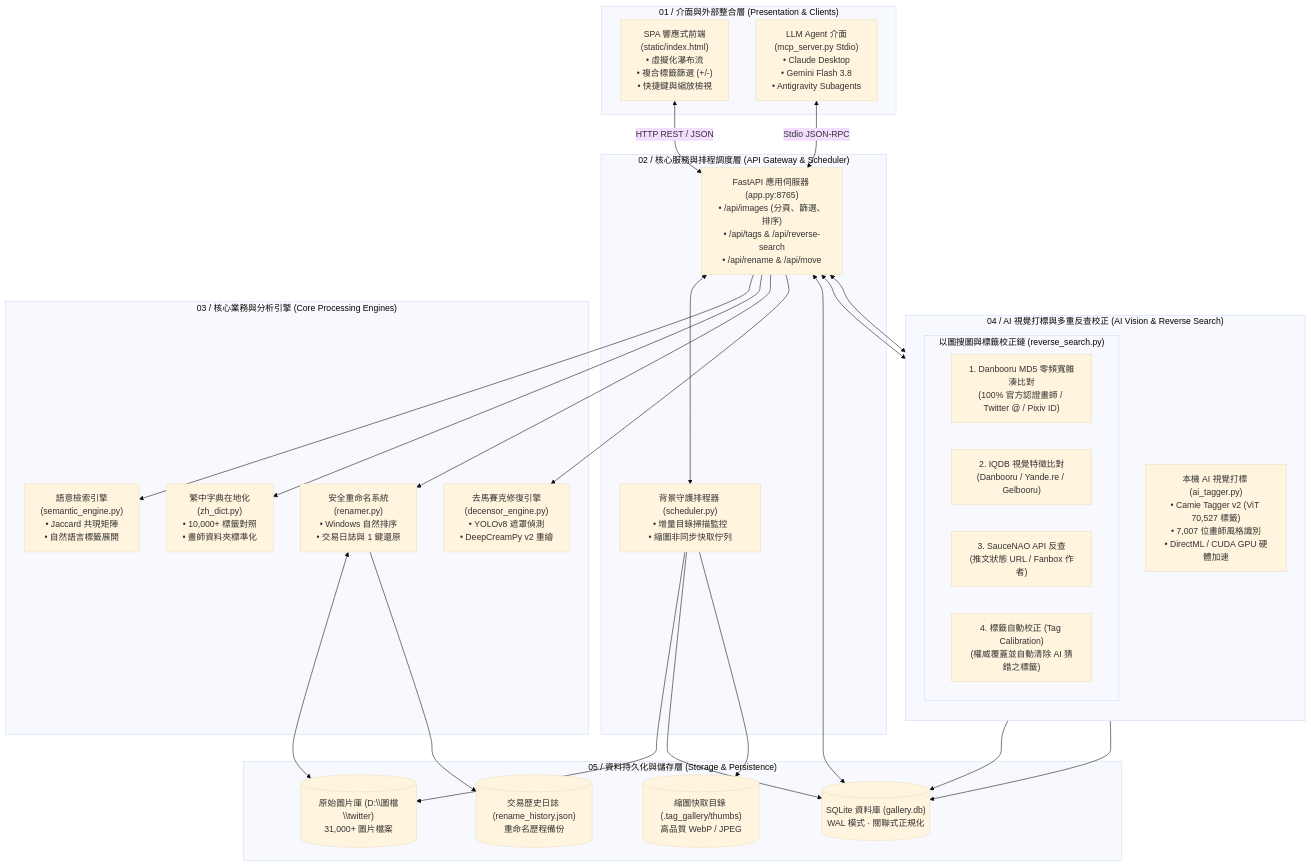
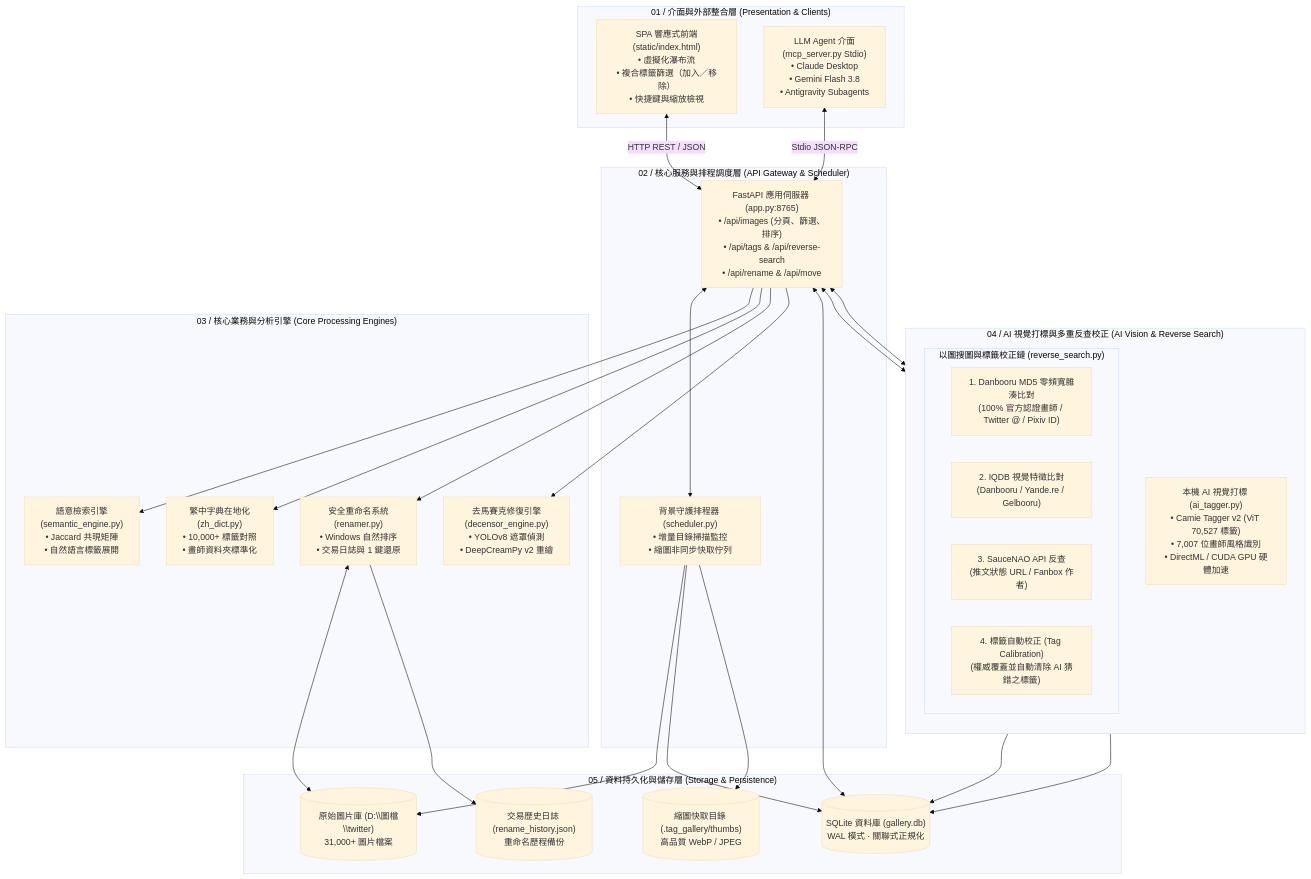
Before and after one commit to tsukiamaoto/twitter-tag-gallery: the first of 2 diagrams in README.md, drawn with Mermaid (base theme). The commit also changed other lines of this file and 81 other files, not shown here.

````diff
--- a/README.md
+++ b/README.md
@@ -81,67 +95,67 @@
 ```mermaid
 flowchart TD
     %% Clients Layer
     subgraph Layer1 ["01 / 介面與外部整合層 (Presentation & Clients)"]
-        WebUI["SPA 響應式前端<br/>(static/index.html)<br/>• 虛擬化瀑布流<br/>• 複合標籤篩選 (+/-)<br/>• 快捷鍵與縮放檢視"]
+        WebUI["SPA 響應式前端<br/>(static/index.html)<br/>• 虛擬化瀑布流<br/>• 複合標籤篩選（加入／移除）<br/>• 快捷鍵與縮放檢視"]
         MCPClient["LLM Agent 介面<br/>(mcp_server.py Stdio)<br/>• Claude Desktop<br/>• Gemini Flash 3.8<br/>• Antigravity Subagents"]
     end
 
     %% Gateway & Core Layer
     subgraph Layer2 ["02 / 核心服務與排程調度層 (API Gateway & Scheduler)"]
         FastAPI["FastAPI 應用伺服器 (app.py:8765)<br/>• /api/images (分頁、篩選、排序)<br/>• /api/tags & /api/reverse-search<br/>• /api/rename & /api/move"]
         Scheduler["背景守護排程器 (scheduler.py)<br/>• 增量目錄掃描監控<br/>• 縮圖非同步快取佇列"]
     end
 
     %% Processing Layer
     subgraph Layer3 ["03 / 核心業務與分析引擎 (Core Processing Engines)"]
         SemanticEng["語意檢索引擎<br/>(semantic_engine.py)<br/>• Jaccard 共現矩陣<br/>• 自然語言標籤展開"]
         ZhDict["繁中字典在地化<br/>(zh_dict.py)<br/>• 10,000+ 標籤對照<br/>• 畫師資料夾標準化"]
         Renamer["安全重命名系統<br/>(renamer.py)<br/>• Windows 自然排序<br/>• 交易日誌與 1 鍵還原"]
         Decensor["去馬賽克修復引擎<br/>(decensor_engine.py)<br/>• YOLOv8 遮罩偵測<br/>• DeepCreamPy v2 重繪"]
     end
 
     %% AI & Reverse Search Layer
     subgraph Layer4 ["04 / AI 視覺打標與多重反查校正 (AI Vision & Reverse Search)"]
         direction TB
         AIEngine["本機 AI 視覺打標 (ai_tagger.py)<br/>• Camie Tagger v2 (ViT 70,527 標籤)<br/>• 7,007 位畫師風格識別<br/>• DirectML / CUDA GPU 硬體加速"]
         
         subgraph RevSearchChain ["以圖搜圖與標籤校正鏈 (reverse_search.py)"]
             MD5Lookup["1. Danbooru MD5 零頻寬雜湊比對<br/>(100% 官方認證畫師 / Twitter @ / Pixiv ID)"]
             IQDBLookup["2. IQDB 視覺特徵比對<br/>(Danbooru / Yande.re / Gelbooru)"]
             SauceLookup["3. SauceNAO API 反查<br/>(推文狀態 URL / Fanbox 作者)"]
             Calibrate["4. 標籤自動校正 (Tag Calibration)<br/>(權威覆蓋並自動清除 AI 猜錯之標籤)"]
         end
     end
 
     %% Storage Layer
     subgraph Layer5 ["05 / 資料持久化與儲存層 (Storage & Persistence)"]
         LocalFiles[("原始圖片庫 (D:\\圖檔\\twitter)<br/>31,000+ 圖片檔案")]
         DB[("SQLite 資料庫 (gallery.db)<br/>WAL 模式 · 關聯式正規化")]
         ThumbDir[("縮圖快取目錄 (.tag_gallery/thumbs)<br/>高品質 WebP / JPEG")]
         HistLog[("交易歷史日誌 (rename_history.json)<br/>重命名歷程備份")]
     end
 
     %% Inter-layer connections
     WebUI <-->|HTTP REST / JSON| FastAPI
     MCPClient <-->|Stdio JSON-RPC| FastAPI
     
     FastAPI <--> Scheduler
     FastAPI --> SemanticEng
     FastAPI --> ZhDict
     FastAPI --> Renamer
     FastAPI --> Decensor
     
     FastAPI <--> AIEngine
     FastAPI <--> RevSearchChain
     
     Scheduler --> LocalFiles
     Scheduler --> DB
     Scheduler --> ThumbDir
     
     Renamer <--> LocalFiles
     Renamer --> HistLog
     
     AIEngine --> DB
     RevSearchChain --> DB
     FastAPI <--> DB
 ```
````
